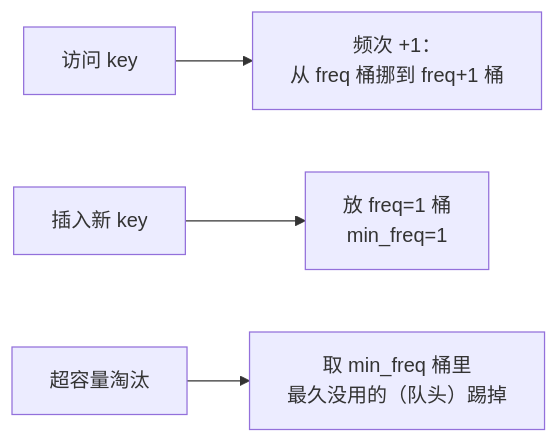
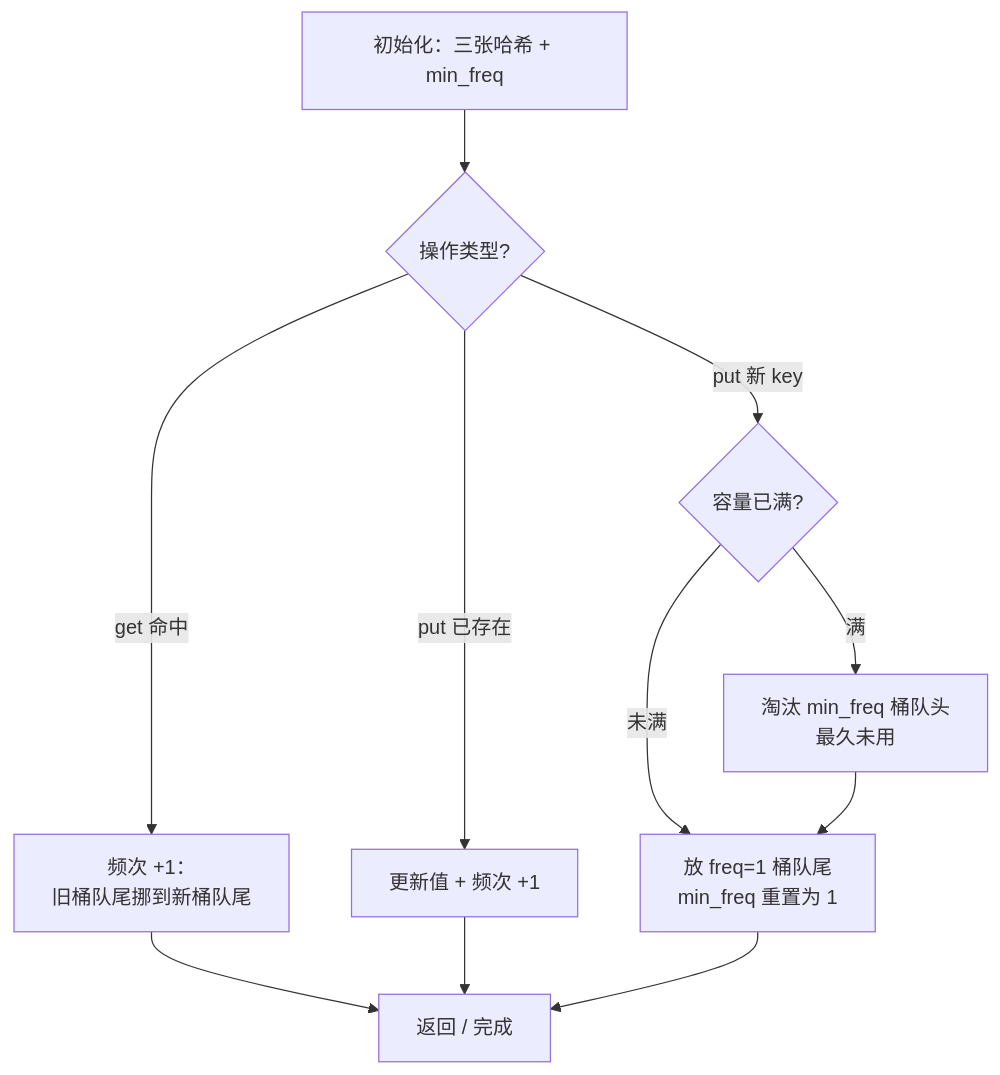
The first of 2 diagrams in 19-大厂加餐/腾讯加餐/0460-LFU缓存.md (OctalZero/hot100-py), drawn with Mermaid before and after one commit. The commit also changed other lines of this file and 117 other files, not shown here.

First line of the commit message:
feat: 全题解配图升级为「动画式 mermaid」（总览骨架 + 横向时间线逐步推演）

````diff
--- a/19-大厂加餐/腾讯加餐/0460-LFU缓存.md
+++ b/19-大厂加餐/腾讯加餐/0460-LFU缓存.md
@@ -36,6 +36,13 @@
 ```mermaid
-flowchart LR
-    A["访问 key"] --> B["频次 +1：<br/>从 freq 桶挪到 freq+1 桶"]
-    C["插入新 key"] --> D["放 freq=1 桶<br/>min_freq=1"]
-    E["超容量淘汰"] --> F["取 min_freq 桶里<br/>最久没用的（队头）踢掉"]
+flowchart TD
+    A["初始化：三张哈希 + min_freq"] --> B{"操作类型?"}
+    B -->|"get 命中"| C["频次 +1：<br/>旧桶队尾挪到新桶队尾"]
+    B -->|"put 已存在"| D["更新值 + 频次 +1"]
+    B -->|"put 新 key"| E{"容量已满?"}
+    E -->|"满"| F["淘汰 min_freq 桶队头<br/>最久未用"]
+    E -->|"未满"| G
+    F --> G["放 freq=1 桶队尾<br/>min_freq 重置为 1"]
+    C --> H["返回 / 完成"]
+    D --> H
+    G --> H
 ```
````
